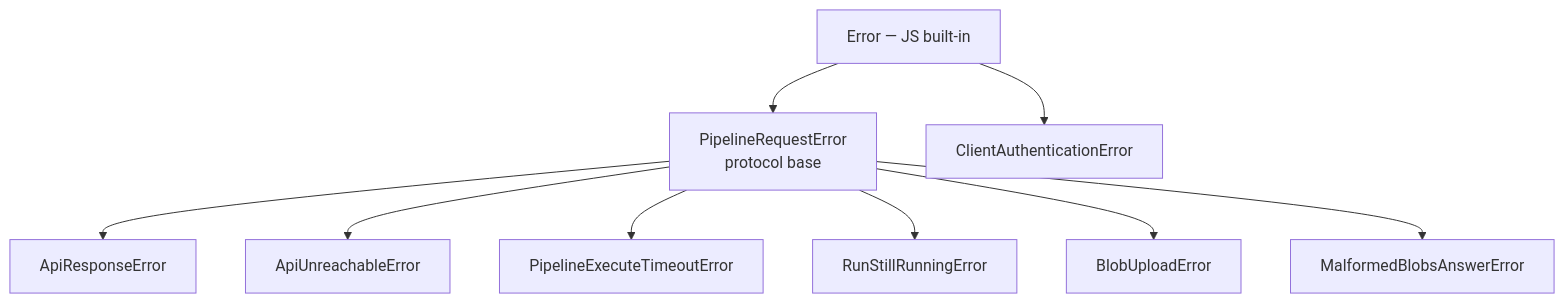
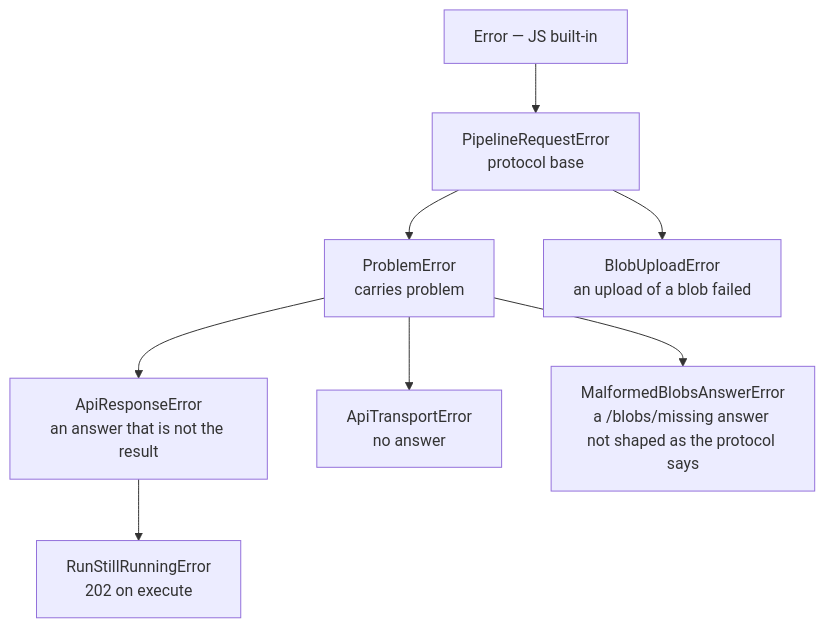
One commit to mthds-ai/mthds-js changed the diagram in docs/errors.md. Above: the diagram before and after it, drawn with Mermaid. The commit also changed other lines of this file and 126 other files, not shown here.

````diff
--- a/docs/errors.md
+++ b/docs/errors.md
@@ -9,20 +54,18 @@
 ```mermaid
 flowchart TD
     Err["Error — JS built-in"]
     PRE["PipelineRequestError<br/>protocol base"]
-    CAE["ClientAuthenticationError"]
-    ARE["ApiResponseError"]
-    AUE["ApiUnreachableError"]
-    PET["PipelineExecuteTimeoutError"]
-    RSR["RunStillRunningError"]
-    BUE["BlobUploadError"]
-    MBA["MalformedBlobsAnswerError"]
+    PE["ProblemError<br/>carries problem"]
+    ARE["ApiResponseError<br/>an answer that is not the result"]
+    RSR["RunStillRunningError<br/>202 on execute"]
+    ATE["ApiTransportError<br/>no answer"]
+    MBA["MalformedBlobsAnswerError<br/>a /blobs/missing answer not shaped as the protocol says"]
+    BUE["BlobUploadError<br/>an upload of a blob failed"]
     Err --> PRE
-    Err --> CAE
-    PRE --> ARE
-    PRE --> AUE
-    PRE --> PET
-    PRE --> RSR
+    PRE --> PE
+    PE --> ARE
+    ARE --> RSR
+    PE --> ATE
+    PE --> MBA
     PRE --> BUE
-    PRE --> MBA
 ```
````
